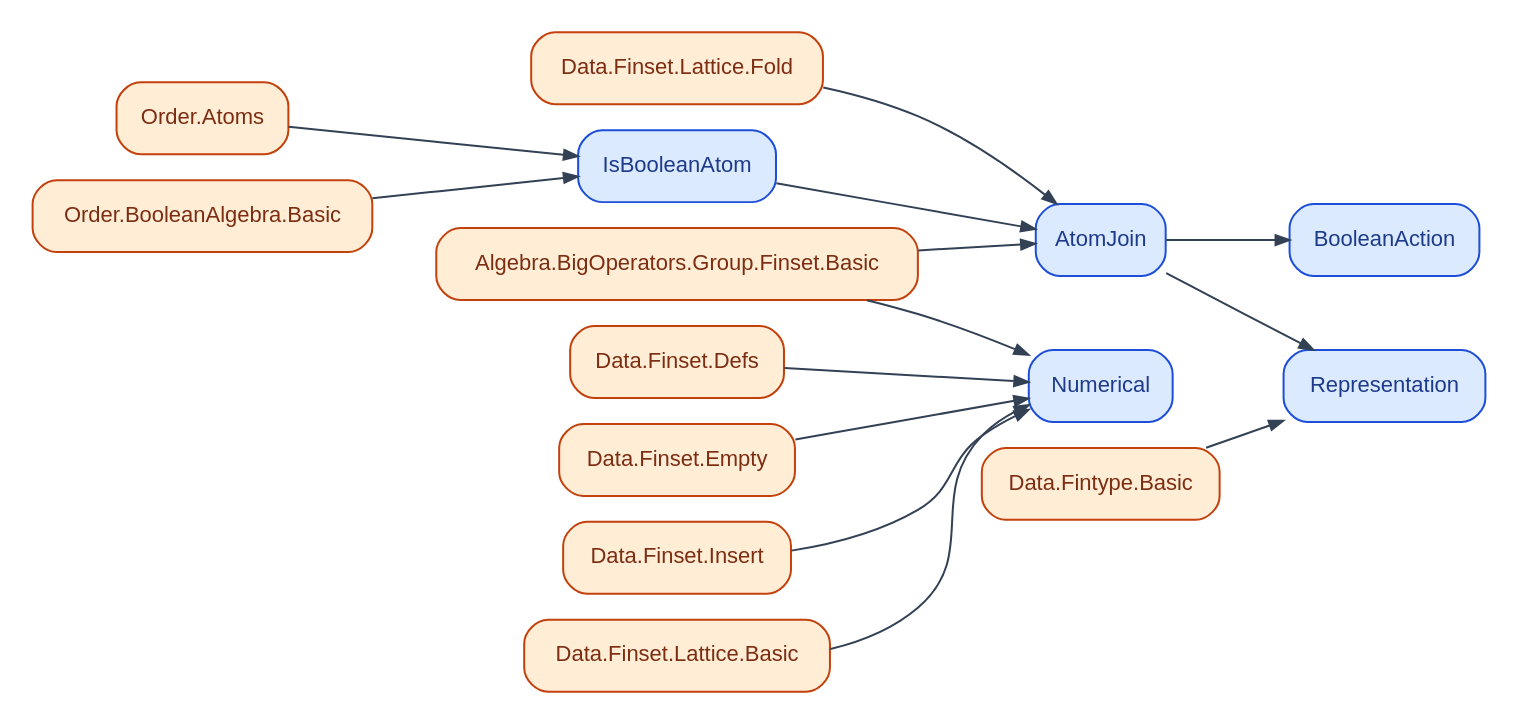
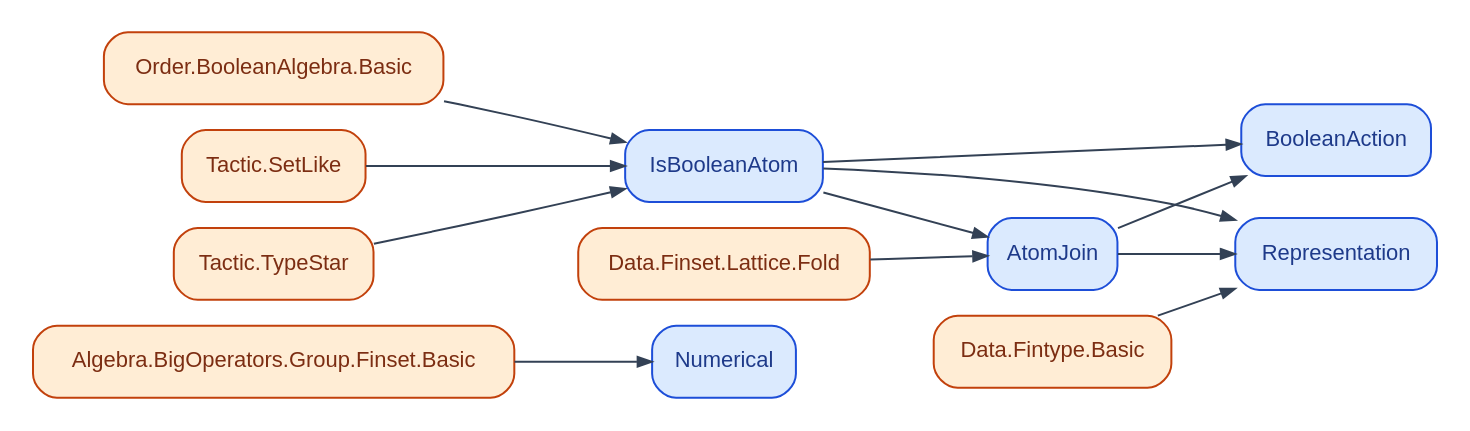
One commit to catskillsresearch/BachelorsInMeasurementTheory changed the diagram in figures/deps/Course21373.dot. Above: the diagram before and after it, drawn with Graphviz. The commit also changed 44 other files, not shown here.

Commit message:
Regenerate course Lean dependency Graphviz figures after the import shake.

```diff
--- a/figures/deps/Course21373.dot
+++ b/figures/deps/Course21373.dot
@@ -1,35 +1,30 @@
 digraph Course21373 {
   rankdir=LR;
   graph [nodesep=0.18, ranksep=0.45, pad=0.12, bgcolor="white"];
   node [shape=box, style="rounded,filled", fontname="Helvetica", fontsize=11];
   edge [color="#334155", arrowsize=0.7];
 
   LAlgebraBigOperatorsGroupFinsetBasic [label="Algebra.BigOperators.Group.Finset.Basic", fillcolor="#ffedd5", color="#c2410c", fontcolor="#7c2d12"];
-  LDataFinsetDefs [label="Data.Finset.Defs", fillcolor="#ffedd5", color="#c2410c", fontcolor="#7c2d12"];
-  LDataFinsetEmpty [label="Data.Finset.Empty", fillcolor="#ffedd5", color="#c2410c", fontcolor="#7c2d12"];
-  LDataFinsetInsert [label="Data.Finset.Insert", fillcolor="#ffedd5", color="#c2410c", fontcolor="#7c2d12"];
-  LDataFinsetLatticeBasic [label="Data.Finset.Lattice.Basic", fillcolor="#ffedd5", color="#c2410c", fontcolor="#7c2d12"];
   LDataFinsetLatticeFold [label="Data.Finset.Lattice.Fold", fillcolor="#ffedd5", color="#c2410c", fontcolor="#7c2d12"];
   LDataFintypeBasic [label="Data.Fintype.Basic", fillcolor="#ffedd5", color="#c2410c", fontcolor="#7c2d12"];
-  LOrderAtoms [label="Order.Atoms", fillcolor="#ffedd5", color="#c2410c", fontcolor="#7c2d12"];
   LOrderBooleanAlgebraBasic [label="Order.BooleanAlgebra.Basic", fillcolor="#ffedd5", color="#c2410c", fontcolor="#7c2d12"];
+  LTacticSetLike [label="Tactic.SetLike", fillcolor="#ffedd5", color="#c2410c", fontcolor="#7c2d12"];
+  LTacticTypeStar [label="Tactic.TypeStar", fillcolor="#ffedd5", color="#c2410c", fontcolor="#7c2d12"];
   MAtomJoin [label="AtomJoin", fillcolor="#dbeafe", color="#1d4ed8", fontcolor="#1e3a8a"];
   MBooleanAction [label="BooleanAction", fillcolor="#dbeafe", color="#1d4ed8", fontcolor="#1e3a8a"];
   MIsBooleanAtom [label="IsBooleanAtom", fillcolor="#dbeafe", color="#1d4ed8", fontcolor="#1e3a8a"];
   MNumerical [label="Numerical", fillcolor="#dbeafe", color="#1d4ed8", fontcolor="#1e3a8a"];
   MRepresentation [label="Representation", fillcolor="#dbeafe", color="#1d4ed8", fontcolor="#1e3a8a"];
 
-  LAlgebraBigOperatorsGroupFinsetBasic -> MAtomJoin;
   LDataFinsetLatticeFold -> MAtomJoin;
   MIsBooleanAtom -> MAtomJoin;
+  MIsBooleanAtom -> MBooleanAction;
   MAtomJoin -> MBooleanAction;
-  LOrderAtoms -> MIsBooleanAtom;
   LOrderBooleanAlgebraBasic -> MIsBooleanAtom;
+  LTacticTypeStar -> MIsBooleanAtom;
+  LTacticSetLike -> MIsBooleanAtom;
   LAlgebraBigOperatorsGroupFinsetBasic -> MNumerical;
-  LDataFinsetInsert -> MNumerical;
-  LDataFinsetLatticeBasic -> MNumerical;
-  LDataFinsetDefs -> MNumerical;
-  LDataFinsetEmpty -> MNumerical;
   LDataFintypeBasic -> MRepresentation;
+  MIsBooleanAtom -> MRepresentation;
   MAtomJoin -> MRepresentation;
 }
```
